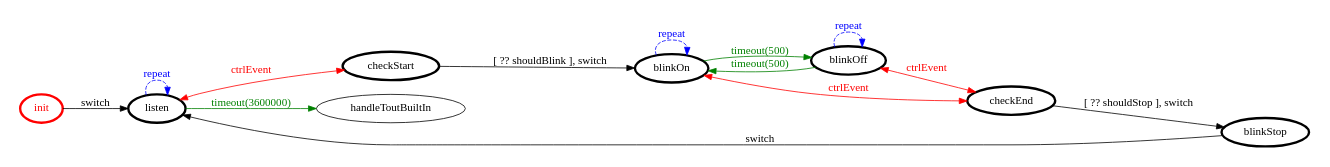
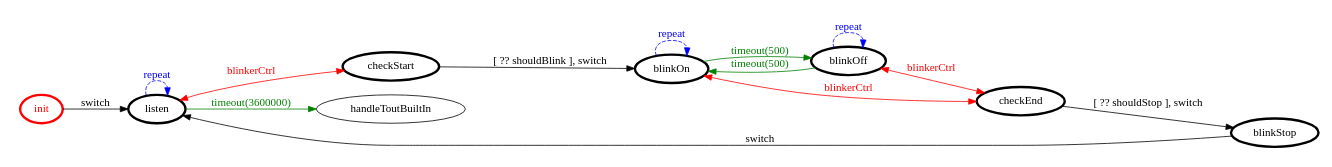
One commit to piscoTech/uniboIss2018 changed the diagram in it.unibo.finaltask/srcMore/it/unibo/blinker/blinker.gv. Above: the diagram before and after it, drawn with Graphviz. The commit also changed 5 other files, not shown here.

```diff
--- a/it.unibo.finaltask/srcMore/it/unibo/blinker/blinker.gv
+++ b/it.unibo.finaltask/srcMore/it/unibo/blinker/blinker.gv
@@ -1,33 +1,33 @@
 /*
 *
 * A GraphViz DOT FSM description 
 * Please use a GraphViz visualizer (like http://www.webgraphviz.com)
 *  
 */
 
 digraph finite_state_machine {
 	rankdir=LR
 	size="8,5"
 	
 	init [ color = red ][ fontcolor = red ][ penwidth = 3 ]
 	blinkOn [ color = black ][ fontcolor = black ][ penwidth = 3 ]
 	blinkOff [ color = black ][ fontcolor = black ][ penwidth = 3 ]
 	checkEnd [ color = black ][ fontcolor = black ][ penwidth = 3 ]
 	checkStart [ color = black ][ fontcolor = black ][ penwidth = 3 ]
 	listen [ color = black ][ fontcolor = black ][ penwidth = 3 ]
 	blinkStop [ color = black ][ fontcolor = black ][ penwidth = 3 ]
 	
 	checkStart -> blinkOn [ label = "[ ?? shouldBlink ], switch" ][ color = black ][ fontcolor = black ]
 	checkEnd -> blinkStop [ label = "[ ?? shouldStop ], switch" ][ color = black ][ fontcolor = black ]
-	blinkOn -> checkEnd [ label = "ctrlEvent" ][ color = red ][ fontcolor = red ][ dir = both ]
 	blinkOff -> blinkOn [ label = "timeout(500)" ][ color = green ][ fontcolor = green ]
 	listen -> handleToutBuiltIn [ label = "timeout(3600000)" ][ color = green ][ fontcolor = green ]
-	blinkOff -> checkEnd [ label = "ctrlEvent" ][ color = red ][ fontcolor = red ][ dir = both ]
+	listen -> checkStart [ label = "blinkerCtrl" ][ color = red ][ fontcolor = red ][ dir = both ]
 	listen -> listen [ label = "repeat "][ style = dashed ][ color = blue ][ fontcolor = blue ]
 	blinkStop -> listen [ label = "switch" ][ color = black ][ fontcolor = black ]
-	listen -> checkStart [ label = "ctrlEvent" ][ color = red ][ fontcolor = red ][ dir = both ]
+	blinkOn -> checkEnd [ label = "blinkerCtrl" ][ color = red ][ fontcolor = red ][ dir = both ]
 	init -> listen [ label = "switch" ][ color = black ][ fontcolor = black ]
 	blinkOn -> blinkOff [ label = "timeout(500)" ][ color = green ][ fontcolor = green ]
 	blinkOff -> blinkOff [ label = "repeat "][ style = dashed ][ color = blue ][ fontcolor = blue ]
+	blinkOff -> checkEnd [ label = "blinkerCtrl" ][ color = red ][ fontcolor = red ][ dir = both ]
 	blinkOn -> blinkOn [ label = "repeat "][ style = dashed ][ color = blue ][ fontcolor = blue ]
 }
```
